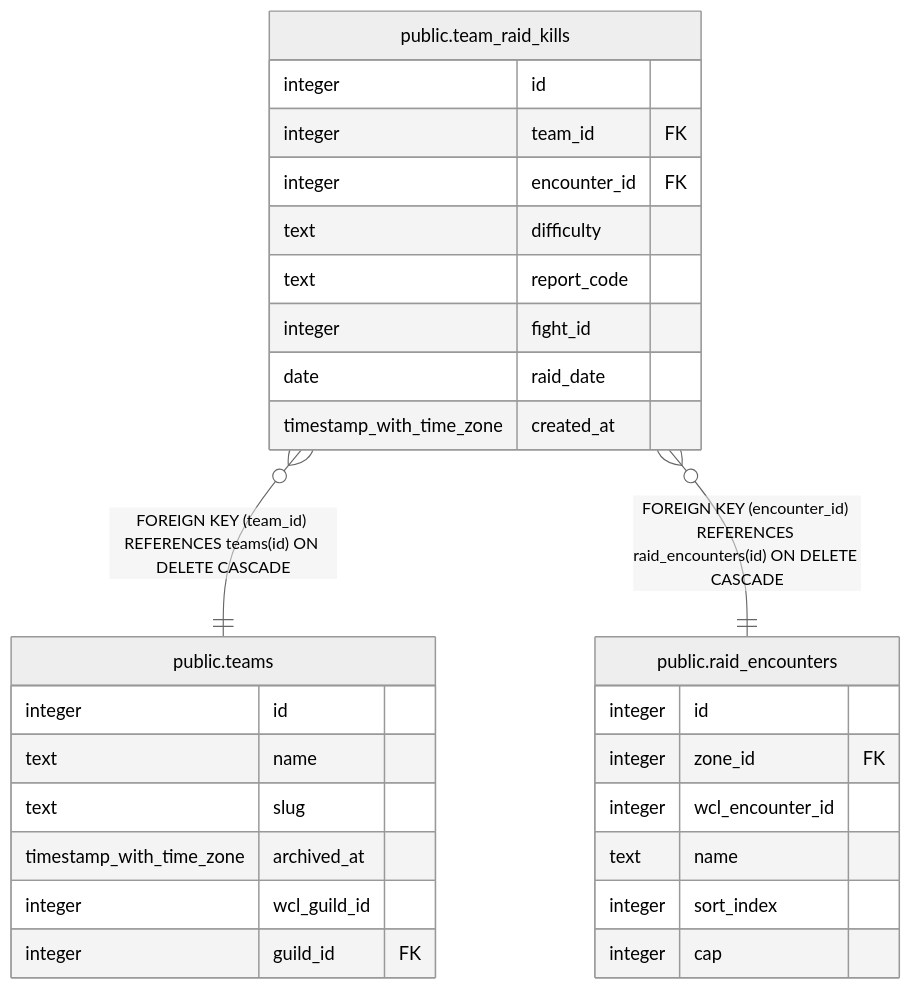
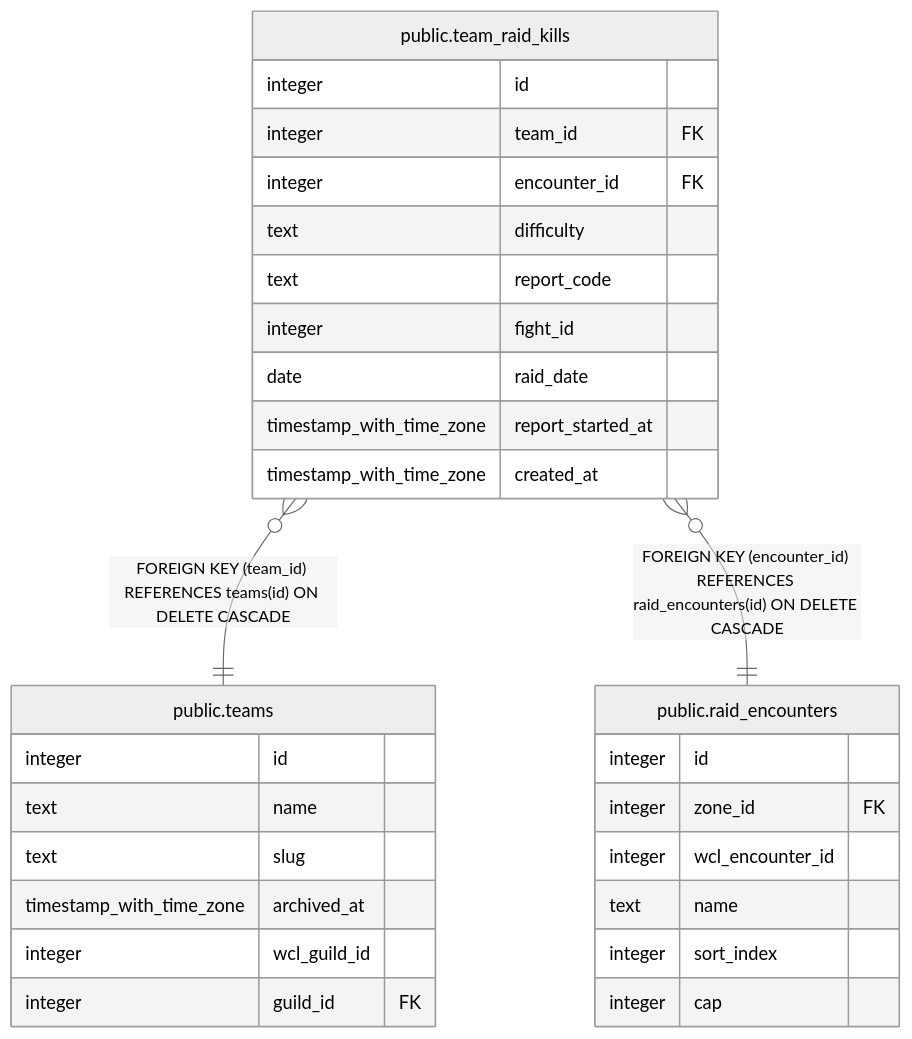
Before and after one commit to katogaming88/WGA-Raid-Hub: the diagram in dbdoc/public.team_raid_kills.md, drawn with Mermaid (neutral theme). The commit also changed other lines of this file and 12 other files, not shown here.

````diff
--- a/dbdoc/public.team_raid_kills.md
+++ b/dbdoc/public.team_raid_kills.md
@@ -40,33 +41,34 @@
 ```mermaid
 erDiagram
 
 "public.team_raid_kills" }o--|| "public.teams" : "FOREIGN KEY (team_id) REFERENCES teams(id) ON DELETE CASCADE"
 "public.team_raid_kills" }o--|| "public.raid_encounters" : "FOREIGN KEY (encounter_id) REFERENCES raid_encounters(id) ON DELETE CASCADE"
 
 "public.team_raid_kills" {
   integer id
   integer team_id FK
   integer encounter_id FK
   text difficulty
   text report_code
   integer fight_id
   date raid_date
+  timestamp_with_time_zone report_started_at
   timestamp_with_time_zone created_at
 }
 "public.teams" {
   integer id
   text name
   text slug
   timestamp_with_time_zone archived_at
   integer wcl_guild_id
   integer guild_id FK
 }
 "public.raid_encounters" {
   integer id
   integer zone_id FK
   integer wcl_encounter_id
   text name
   integer sort_index
   integer cap
 }
 ```
````
